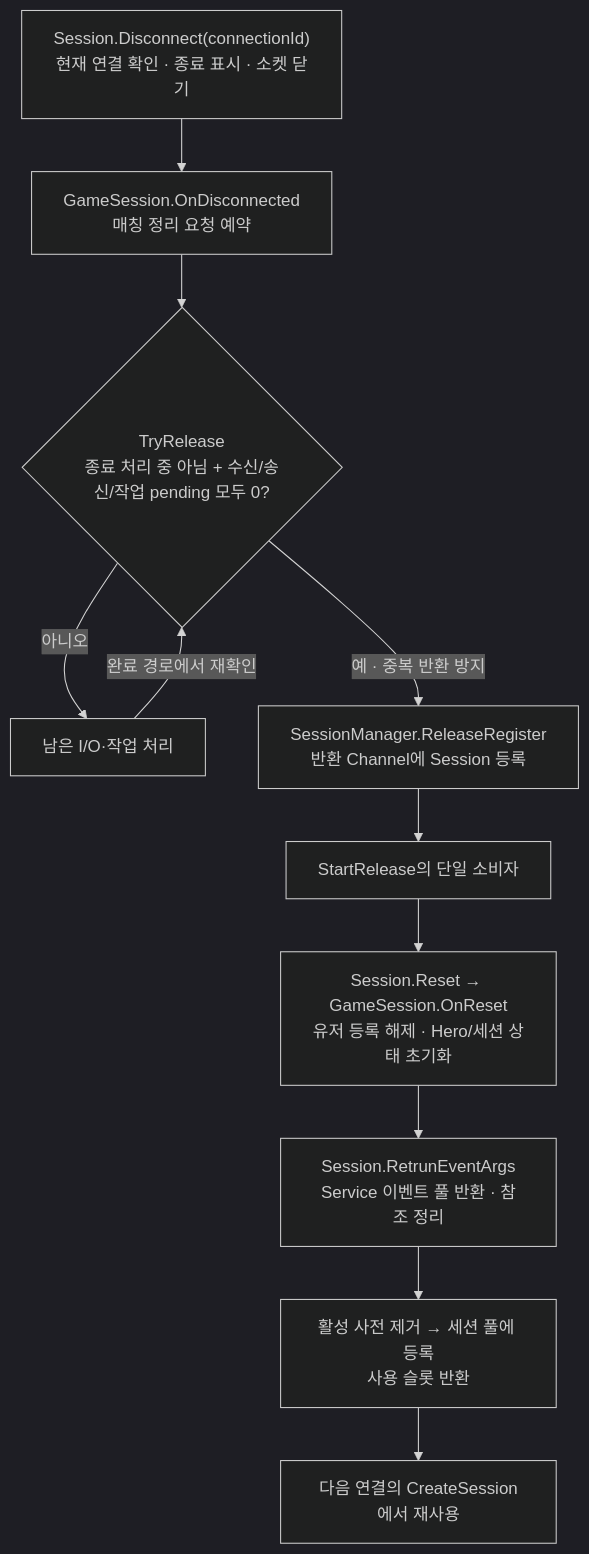
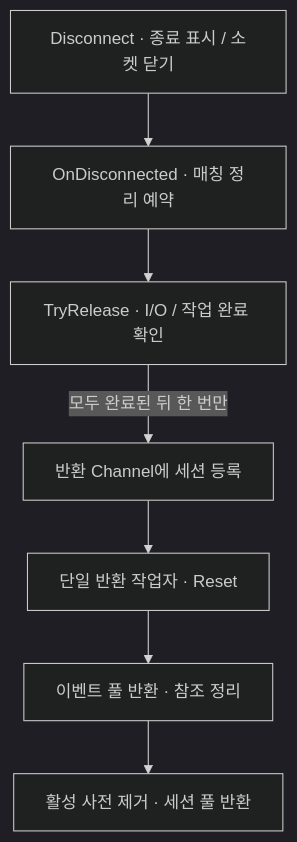
One commit to GodDongjin/CSharpServer_Portfolio changed the sixth of 7 diagrams in docs/SERVER_ARCHITECTURE.md. Above: the diagram before and after it, drawn with Mermaid (dark theme). The commit also changed other lines of this file, not shown here.

Commit message:
docs: improve readability of server call flow diagrams

````diff
--- a/docs/SERVER_ARCHITECTURE.md
+++ b/docs/SERVER_ARCHITECTURE.md
@@ -143,14 +190,9 @@
 ```mermaid
 flowchart TD
-    D["Session.Disconnect(connectionId)<br/>현재 연결 확인 · 종료 표시 · 소켓 닫기"]
-    D --> Hook["GameSession.OnDisconnected<br/>매칭 정리 요청 예약"]
-    Hook --> Check{"TryRelease<br/>종료 처리 중 아님 + 수신/송신/작업 pending 모두 0?"}
-    Check -->|아니오| Pending["남은 I/O·작업 처리"]
-    Pending -->|완료 경로에서 재확인| Check
-    Check -->|예 · 중복 반환 방지| Register["SessionManager.ReleaseRegister<br/>반환 Channel에 Session 등록"]
-    Register --> Worker["StartRelease의 단일 소비자"]
-    Worker --> Reset["Session.Reset → GameSession.OnReset<br/>유저 등록 해제 · Hero/세션 상태 초기화"]
-    Reset --> Event["Session.RetrunEventArgs<br/>Service 이벤트 풀 반환 · 참조 정리"]
-    Event --> Pool["활성 사전 제거 → 세션 풀에 등록<br/>사용 슬롯 반환"]
-    Pool --> Next["다음 연결의 CreateSession에서 재사용"]
+    A["Disconnect · 종료 표시 / 소켓 닫기"] --> B["OnDisconnected · 매칭 정리 예약"]
+    B --> C["TryRelease · I/O / 작업 완료 확인"]
+    C -->|모두 완료된 뒤 한 번만| D["반환 Channel에 세션 등록"]
+    D --> E["단일 반환 작업자 · Reset"]
+    E --> F["이벤트 풀 반환 · 참조 정리"]
+    F --> G["활성 사전 제거 · 세션 풀 반환"]
 ```
````
